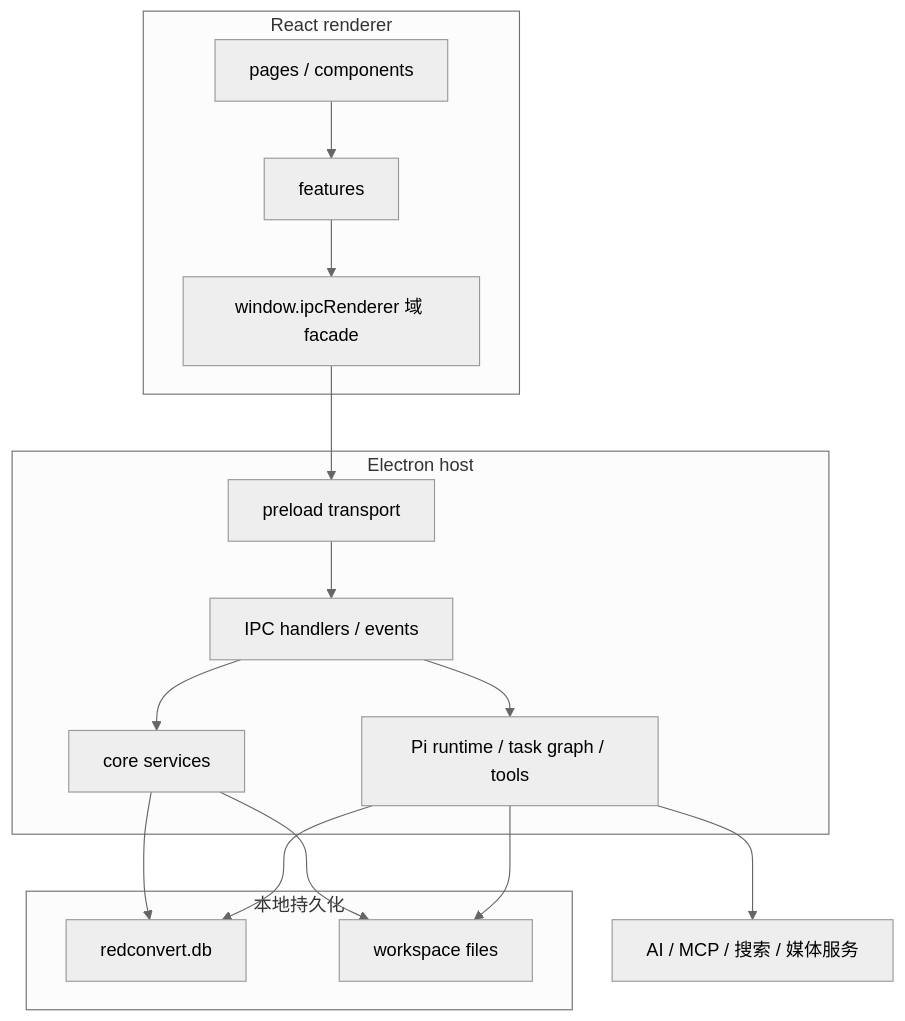
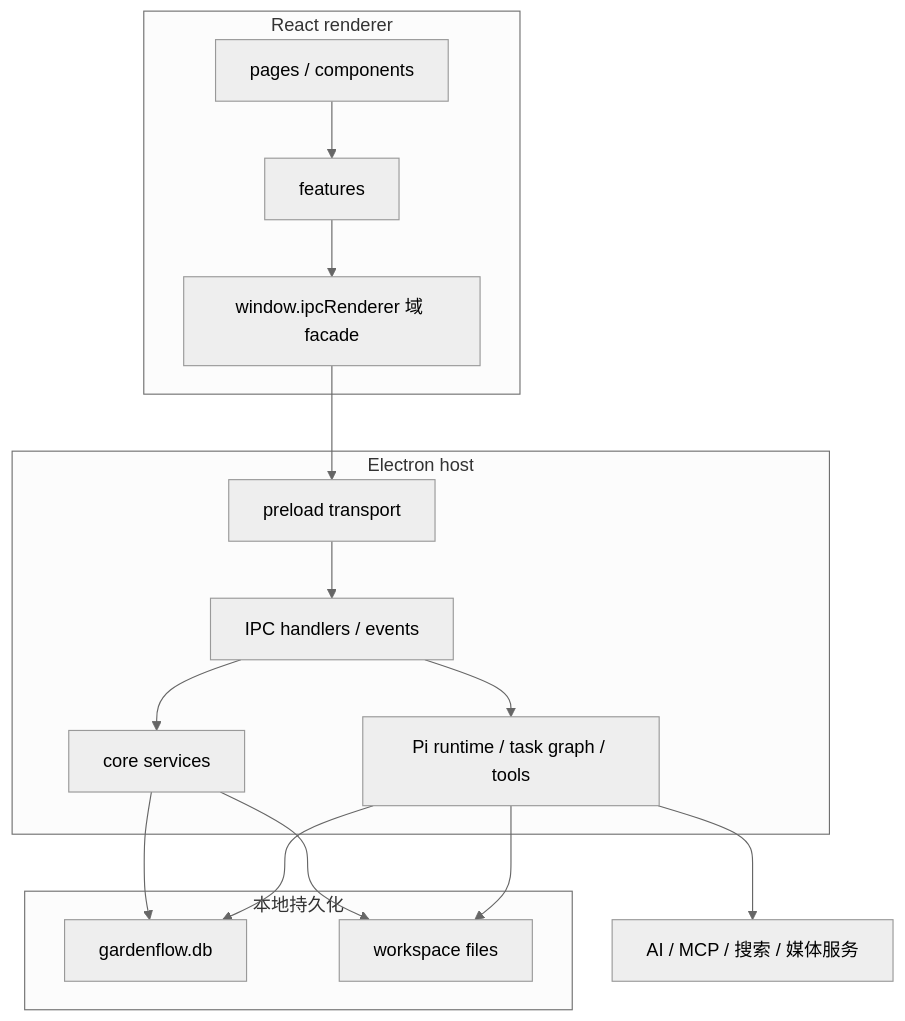
The second of 2 diagrams in Docs/ARCHITECTURE.md (Garden12138/garden-flow), drawn with Mermaid (neutral theme) before and after one commit. The commit also changed other lines of this file and 367 other files, not shown here.

Commit message:
Simplify application architecture and remove legacy code

````diff
--- a/Docs/ARCHITECTURE.md
+++ b/Docs/ARCHITECTURE.md
@@ -61,31 +61,31 @@
 ```mermaid
 flowchart TB
     subgraph Renderer["React renderer"]
         UI["pages / components"]
         FEAT["features"]
         BRIDGE["window.ipcRenderer 域 facade"]
         UI --> FEAT --> BRIDGE
     end
 
     subgraph Electron["Electron host"]
         PRELOAD["preload transport"]
         IPC["IPC handlers / events"]
         CORE["core services"]
         AI["Pi runtime / task graph / tools"]
         PRELOAD --> IPC
         IPC --> CORE
         IPC --> AI
     end
 
     subgraph Storage["本地持久化"]
-        DB["redconvert.db"]
+        DB["gardenflow.db"]
         FS["workspace files"]
     end
 
     BRIDGE --> PRELOAD
     CORE --> DB
     CORE --> FS
     AI --> DB
     AI --> FS
     AI --> PROVIDERS["AI / MCP / 搜索 / 媒体服务"]
 ```
````
